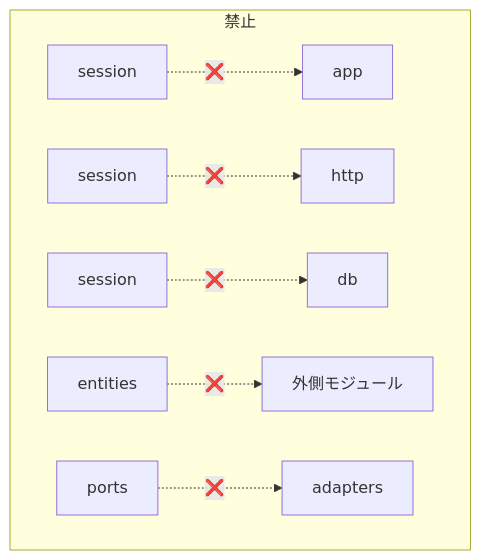
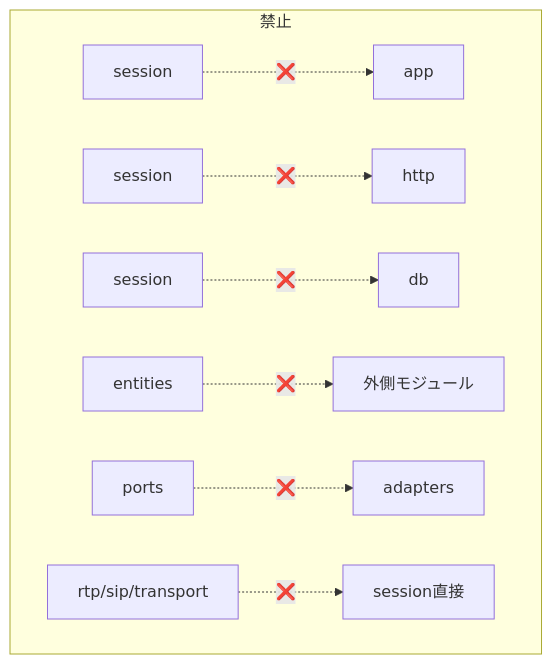
One commit to MasanoriSuda/virtual_voicebot changed the fourth of 5 diagrams in virtual-voicebot-backend/docs/design/basic/BD-003_dependency-diagram.md. Above: the diagram before and after it, drawn with Mermaid. The commit also changed other lines of this file and 14 other files, not shown here.

````diff
--- a/virtual-voicebot-backend/docs/design/basic/BD-003_dependency-diagram.md
+++ b/virtual-voicebot-backend/docs/design/basic/BD-003_dependency-diagram.md
@@ -116,11 +159,12 @@
 ```mermaid
 flowchart LR
     subgraph 禁止
         direction LR
         X1[session] -.->|❌| Y1[app]
         X2[session] -.->|❌| Y2[http]
         X3[session] -.->|❌| Y3[db]
         X4[entities] -.->|❌| Y4[外側モジュール]
         X5[ports] -.->|❌| Y5[adapters]
+        X6[rtp/sip/transport] -.->|❌| Y6[session直接]
     end
 ```
````
